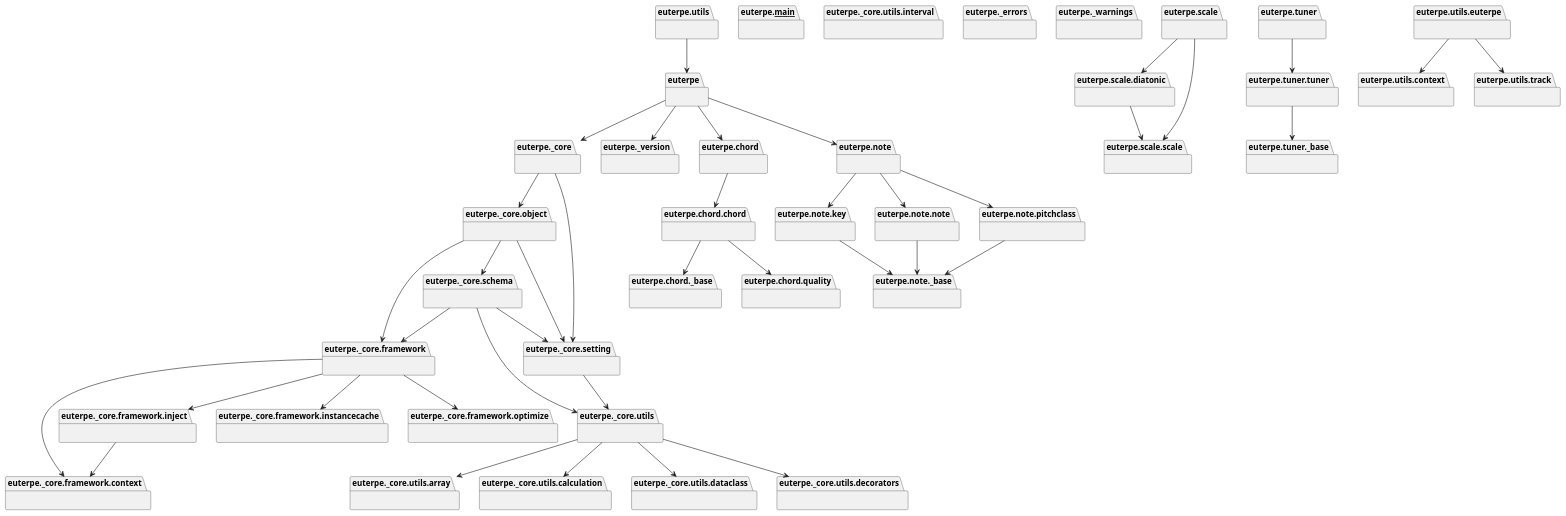
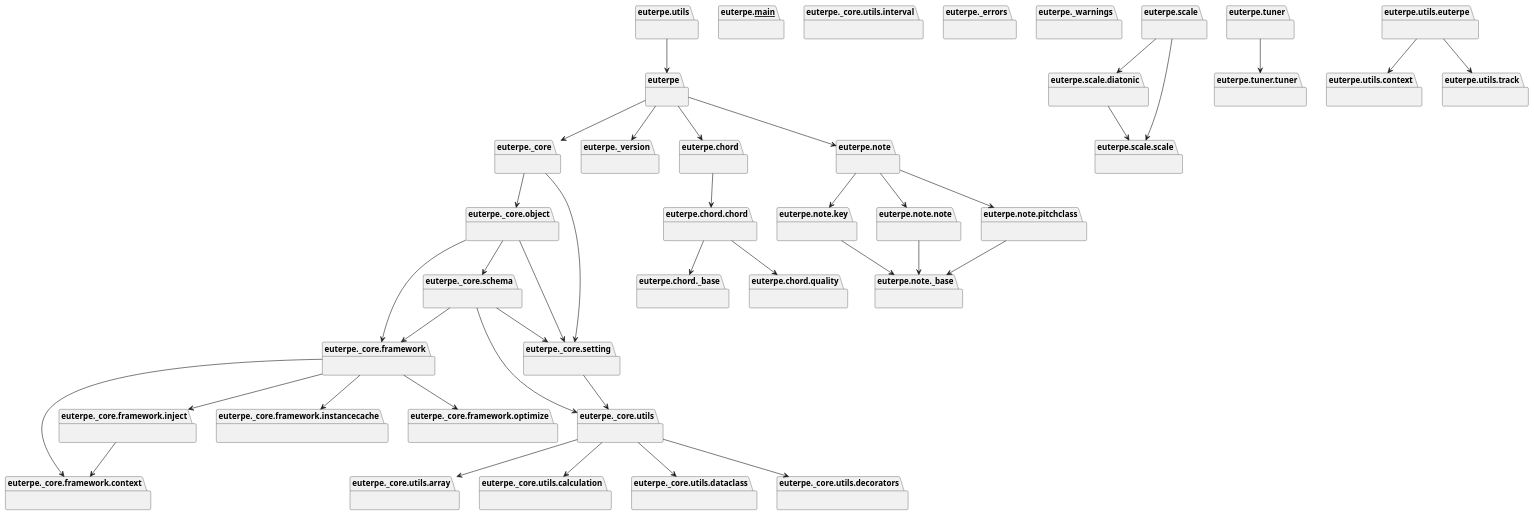
Before and after one commit to Oujox/aulos: the diagram in documents/design/class-diagram/packages.puml, drawn with PlantUML. The commit also changed 6 other files, not shown here.

Commit message:
refact tuner package

```diff
--- a/documents/design/class-diagram/packages.puml
+++ b/documents/design/class-diagram/packages.puml
@@ -1,120 +1,117 @@
 @startuml packages
 set namespaceSeparator none
 package "euterpe" as euterpe {
 }
 package "euterpe.__main__" as euterpe.__main__ {
 }
 package "euterpe._core" as euterpe._core {
 }
 package "euterpe._core.framework" as euterpe._core.framework {
 }
 package "euterpe._core.framework.context" as euterpe._core.framework.context {
 }
 package "euterpe._core.framework.inject" as euterpe._core.framework.inject {
 }
 package "euterpe._core.framework.instancecache" as euterpe._core.framework.instancecache {
 }
 package "euterpe._core.framework.optimize" as euterpe._core.framework.optimize {
 }
 package "euterpe._core.object" as euterpe._core.object {
 }
 package "euterpe._core.schema" as euterpe._core.schema {
 }
 package "euterpe._core.setting" as euterpe._core.setting {
 }
 package "euterpe._core.utils" as euterpe._core.utils {
 }
 package "euterpe._core.utils.array" as euterpe._core.utils.array {
 }
 package "euterpe._core.utils.calculation" as euterpe._core.utils.calculation {
 }
 package "euterpe._core.utils.dataclass" as euterpe._core.utils.dataclass {
 }
 package "euterpe._core.utils.decorators" as euterpe._core.utils.decorators {
 }
 package "euterpe._core.utils.interval" as euterpe._core.utils.interval {
 }
 package "euterpe._errors" as euterpe._errors {
 }
 package "euterpe._version" as euterpe._version {
 }
 package "euterpe._warnings" as euterpe._warnings {
 }
 package "euterpe.chord" as euterpe.chord {
 }
 package "euterpe.chord._base" as euterpe.chord._base {
 }
 package "euterpe.chord.chord" as euterpe.chord.chord {
 }
 package "euterpe.chord.quality" as euterpe.chord.quality {
 }
 package "euterpe.note" as euterpe.note {
 }
 package "euterpe.note._base" as euterpe.note._base {
 }
 package "euterpe.note.key" as euterpe.note.key {
 }
 package "euterpe.note.note" as euterpe.note.note {
 }
 package "euterpe.note.pitchclass" as euterpe.note.pitchclass {
 }
 package "euterpe.scale" as euterpe.scale {
 }
 package "euterpe.scale.diatonic" as euterpe.scale.diatonic {
 }
 package "euterpe.scale.scale" as euterpe.scale.scale {
 }
 package "euterpe.tuner" as euterpe.tuner {
 }
-package "euterpe.tuner._base" as euterpe.tuner._base {
-}
 package "euterpe.tuner.tuner" as euterpe.tuner.tuner {
 }
 package "euterpe.utils" as euterpe.utils {
 }
 package "euterpe.utils.context" as euterpe.utils.context {
 }
 package "euterpe.utils.euterpe" as euterpe.utils.euterpe {
 }
 package "euterpe.utils.track" as euterpe.utils.track {
 }
 euterpe --> euterpe._core
 euterpe --> euterpe._version
 euterpe --> euterpe.chord
 euterpe --> euterpe.note
 euterpe._core --> euterpe._core.object
 euterpe._core --> euterpe._core.setting
 euterpe._core.framework --> euterpe._core.framework.context
 euterpe._core.framework --> euterpe._core.framework.inject
 euterpe._core.framework --> euterpe._core.framework.instancecache
 euterpe._core.framework --> euterpe._core.framework.optimize
 euterpe._core.framework.inject --> euterpe._core.framework.context
 euterpe._core.object --> euterpe._core.framework
 euterpe._core.object --> euterpe._core.schema
 euterpe._core.object --> euterpe._core.setting
 euterpe._core.schema --> euterpe._core.framework
 euterpe._core.schema --> euterpe._core.setting
 euterpe._core.schema --> euterpe._core.utils
 euterpe._core.setting --> euterpe._core.utils
 euterpe._core.utils --> euterpe._core.utils.array
 euterpe._core.utils --> euterpe._core.utils.calculation
 euterpe._core.utils --> euterpe._core.utils.dataclass
 euterpe._core.utils --> euterpe._core.utils.decorators
 euterpe.chord --> euterpe.chord.chord
 euterpe.chord.chord --> euterpe.chord._base
 euterpe.chord.chord --> euterpe.chord.quality
 euterpe.note --> euterpe.note.key
 euterpe.note --> euterpe.note.note
 euterpe.note --> euterpe.note.pitchclass
 euterpe.note.key --> euterpe.note._base
 euterpe.note.note --> euterpe.note._base
 euterpe.note.pitchclass --> euterpe.note._base
 euterpe.scale --> euterpe.scale.diatonic
 euterpe.scale --> euterpe.scale.scale
 euterpe.scale.diatonic --> euterpe.scale.scale
 euterpe.tuner --> euterpe.tuner.tuner
-euterpe.tuner.tuner --> euterpe.tuner._base
 euterpe.utils --> euterpe
 euterpe.utils.euterpe --> euterpe.utils.context
 euterpe.utils.euterpe --> euterpe.utils.track
 @enduml
```
